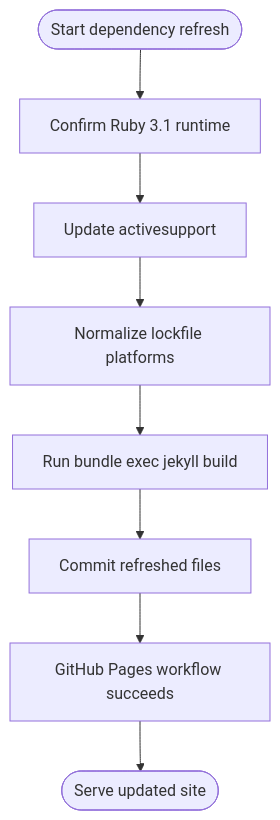
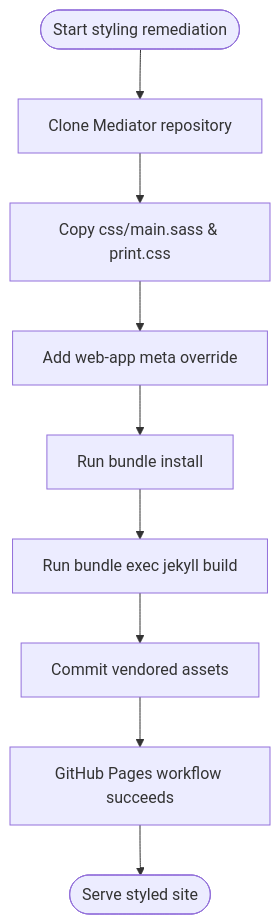
The fifth of 6 diagrams in README.md (muyueh/Jekyll), drawn with Mermaid before and after one commit. The commit also changed other lines of this file and 3 other files, not shown here.

Commit message:
Vendor Mediator assets locally

````diff
--- a/README.md
+++ b/README.md
@@ -69,10 +85,11 @@
 ```mermaid
 graph TD
-    Start([Start dependency refresh]) --> CheckRuby[Confirm Ruby 3.1 runtime]
-    CheckRuby --> Update[Update activesupport]
-    Update --> Normalize[Normalize lockfile platforms]
-    Normalize --> Verify[Run bundle exec jekyll build]
-    Verify --> Commit[Commit refreshed files]
+    Start([Start styling remediation]) --> CloneTheme[Clone Mediator repository]
+    CloneTheme --> CopyCSS[Copy css/main.sass & print.css]
+    CopyCSS --> UpdateHead[Add web-app meta override]
+    UpdateHead --> InstallDeps[Run bundle install]
+    InstallDeps --> Verify[Run bundle exec jekyll build]
+    Verify --> Commit[Commit vendored assets]
     Commit --> Deploy[GitHub Pages workflow succeeds]
-    Deploy --> End([Serve updated site])
+    Deploy --> End([Serve styled site])
 ```
````
